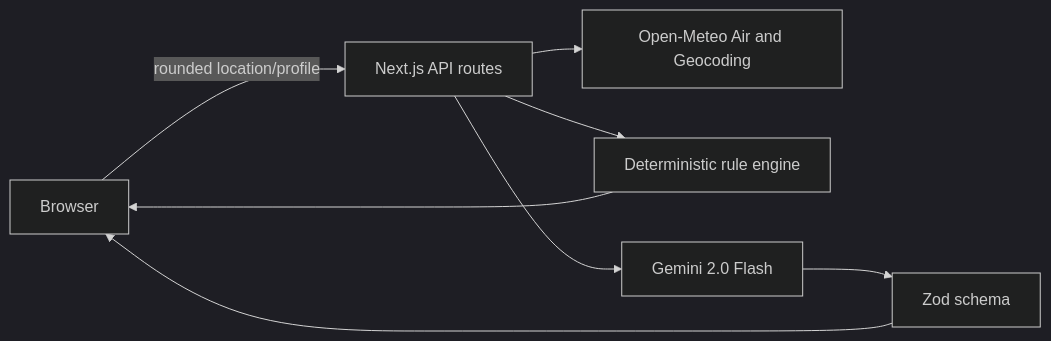
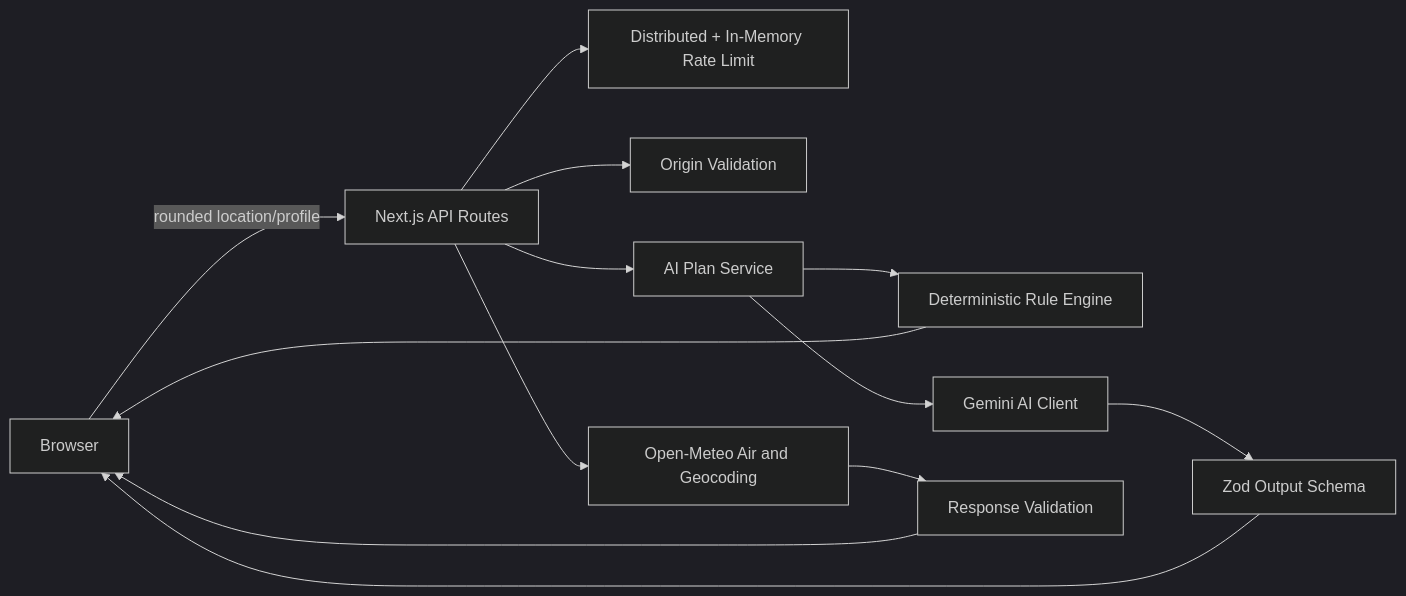
The diagram in README.md (swarneshkunden/breatheeasy), drawn with Mermaid (dark theme) before and after one commit. The commit also changed other lines of this file and 22 other files, not shown here.

````diff
--- a/README.md
+++ b/README.md
@@ -19,10 +19,15 @@
 ```mermaid
 flowchart LR
-  Browser -->|rounded location/profile| API[Next.js API routes]
+  Browser -->|rounded location/profile| API[Next.js API Routes]
+  API --> RateLimit[Distributed + In-Memory Rate Limit]
+  API --> CSRF[Origin Validation]
+  API --> PlanService[AI Plan Service]
+  PlanService --> Rules[Deterministic Rule Engine]
+  PlanService --> Gemini[Gemini AI Client]
+  Gemini --> OutputVal[Zod Output Schema]
   API --> OpenMeteo[Open-Meteo Air and Geocoding]
-  API --> Rules[Deterministic rule engine]
-  API --> Gemini[Gemini 2.0 Flash]
-  Gemini --> Validator[Zod schema]
-  Validator --> Browser
+  OpenMeteo --> AirVal[Response Validation]
   Rules --> Browser
+  OutputVal --> Browser
+  AirVal --> Browser
 ```
````
